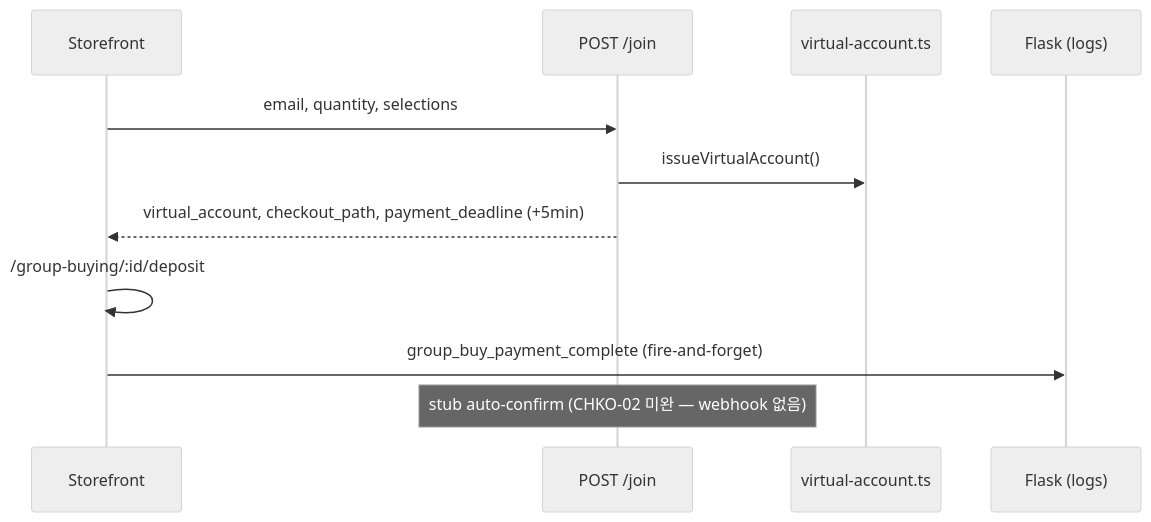
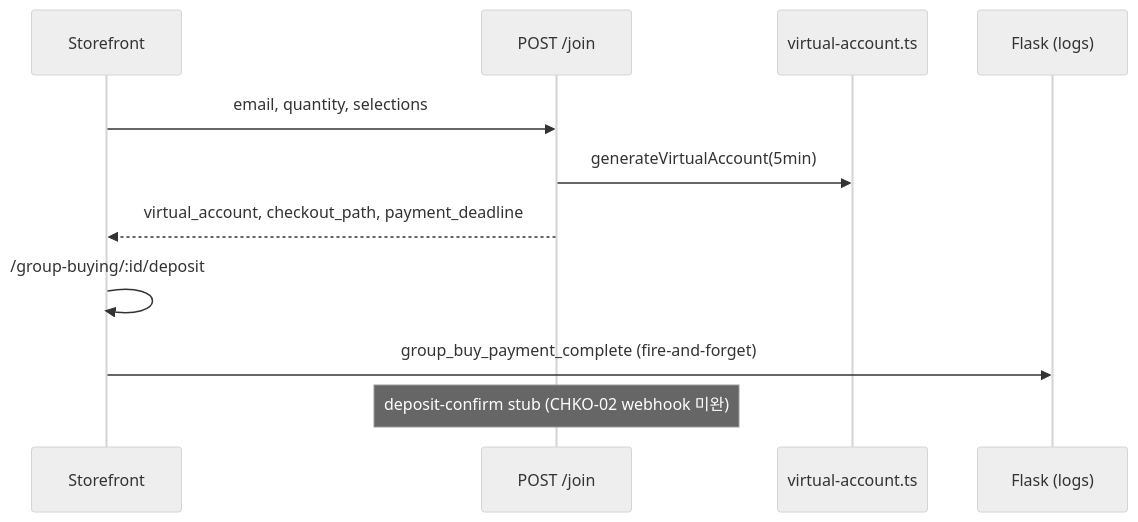
Before and after one commit to yjj0066/group_buying: the first of 2 diagrams in PROJECT_STATUS.md, drawn with Mermaid (neutral theme). The commit also changed other lines of this file and 2 other files, not shown here.

````diff
--- a/PROJECT_STATUS.md
+++ b/PROJECT_STATUS.md
@@ -257,14 +271,14 @@
 ```mermaid
 sequenceDiagram
     participant U as Storefront
     participant API as POST /join
     participant VA as virtual-account.ts
     participant PG as Flask (logs)
 
     U->>API: email, quantity, selections
-    API->>VA: issueVirtualAccount()
-    API-->>U: virtual_account, checkout_path, payment_deadline (+5min)
+    API->>VA: generateVirtualAccount(5min)
+    API-->>U: virtual_account, checkout_path, payment_deadline
     U->>U: /group-buying/:id/deposit
     U->>PG: group_buy_payment_complete (fire-and-forget)
-    Note over API: stub auto-confirm (CHKO-02 미완 — webhook 없음)
+    Note over API: deposit-confirm stub (CHKO-02 webhook 미완)
 ```
````
